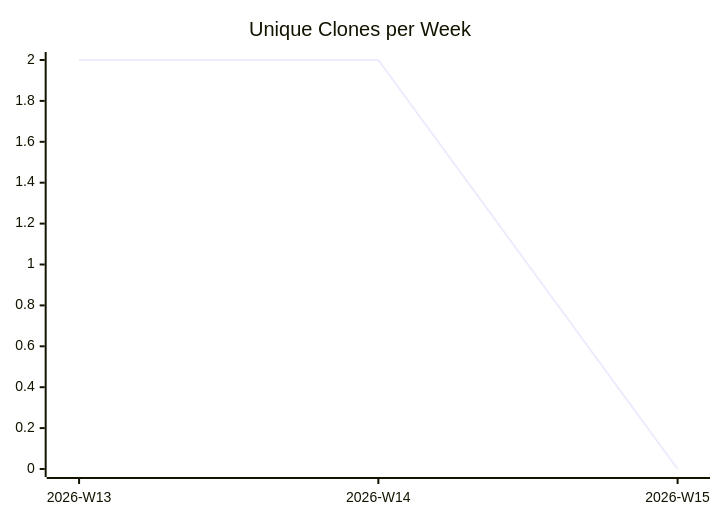
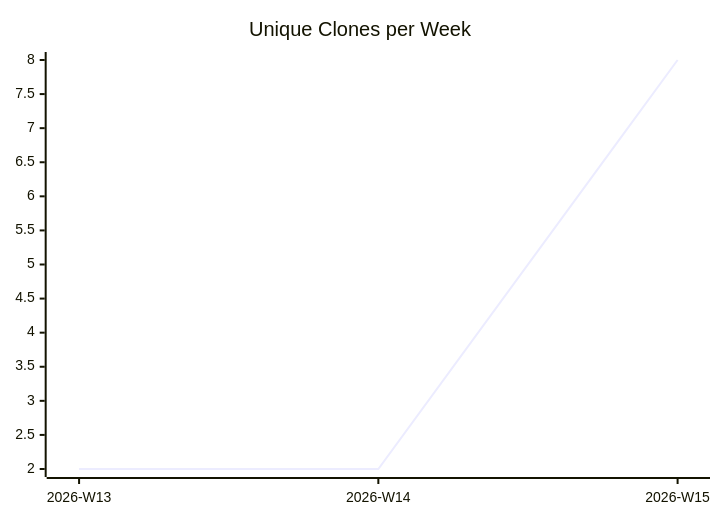
The third of 3 diagrams in karlmdavis/jessentials/README.md (justdavis-family/github-analytics-data), drawn with Mermaid before and after one commit. The commit also changed other lines of this file and 174 other files, not shown here.

````diff
--- a/karlmdavis/jessentials/README.md
+++ b/karlmdavis/jessentials/README.md
@@ -19,6 +19,6 @@
 ```mermaid
 xychart-beta
   title "Unique Clones per Week"
   x-axis ["2026-W13", "2026-W14", "2026-W15"]
-  line [2, 2, 0]
+  line [2, 2, 8]
 ```
````
